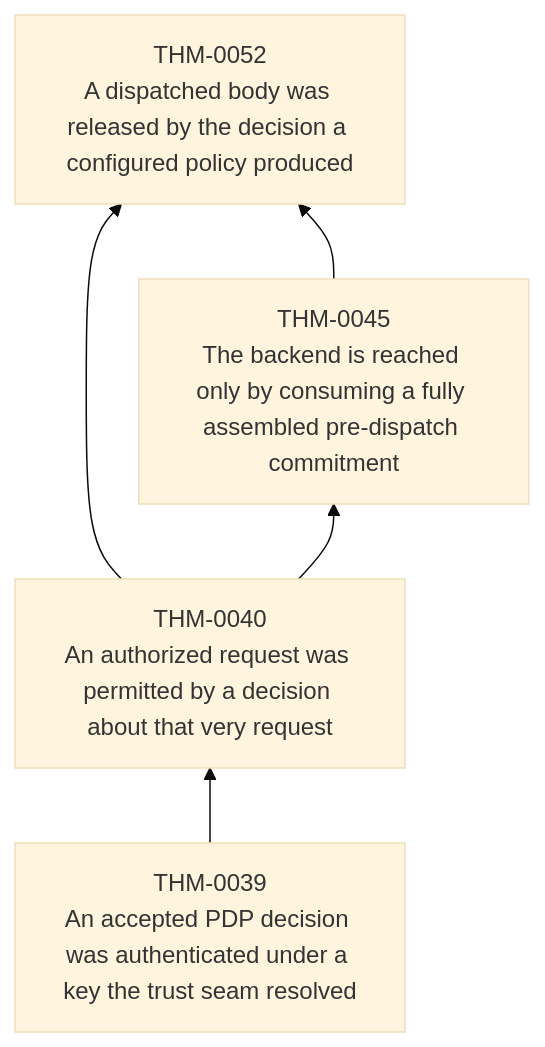
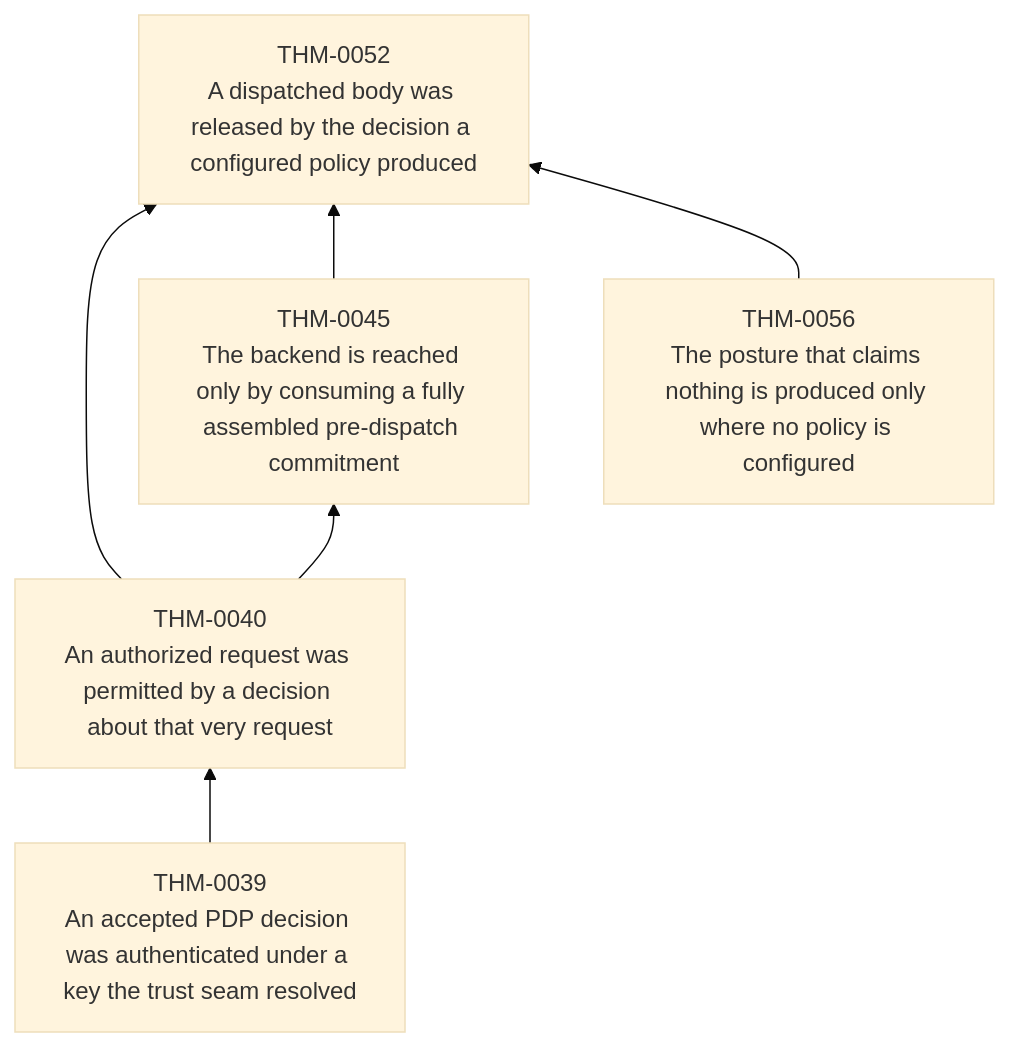
One commit to matssun/mcp-re changed diagram 13 of 21 in verification/generated/theorem-dependencies.md. Above: the diagram before and after it, drawn with Mermaid (base theme). The commit also changed other lines of this file and 11 other files, not shown here.

````diff
--- a/verification/generated/theorem-dependencies.md
+++ b/verification/generated/theorem-dependencies.md
@@ -164,11 +164,13 @@
 ```mermaid
 graph BT
     THM_0039["THM-0039<br/>An accepted PDP decision was authenticated under a key the trust seam resolved"]
     THM_0040["THM-0040<br/>An authorized request was permitted by a decision about that very request"]
     THM_0045["THM-0045<br/>The backend is reached only by consuming a fully assembled pre-dispatch commitment"]
     THM_0052["THM-0052<br/>A dispatched body was released by the decision a configured policy produced"]
+    THM_0056["THM-0056<br/>The posture that claims nothing is produced only where no policy is configured"]
     THM_0039 --> THM_0040
     THM_0040 --> THM_0045
     THM_0040 --> THM_0052
     THM_0045 --> THM_0052
+    THM_0056 --> THM_0052
 ```
````
